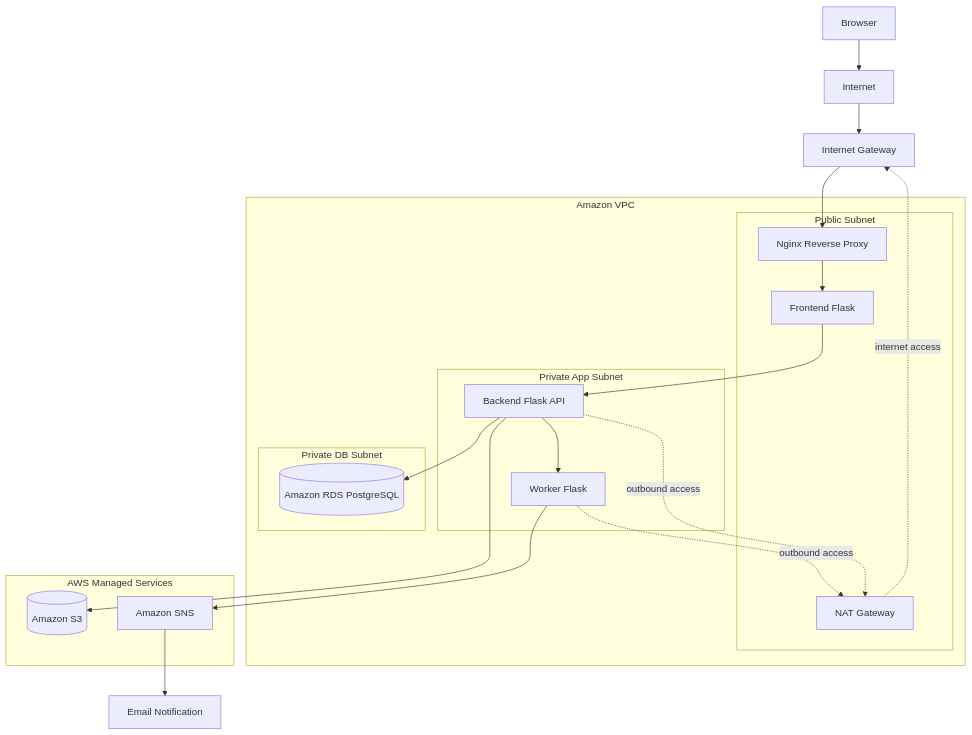
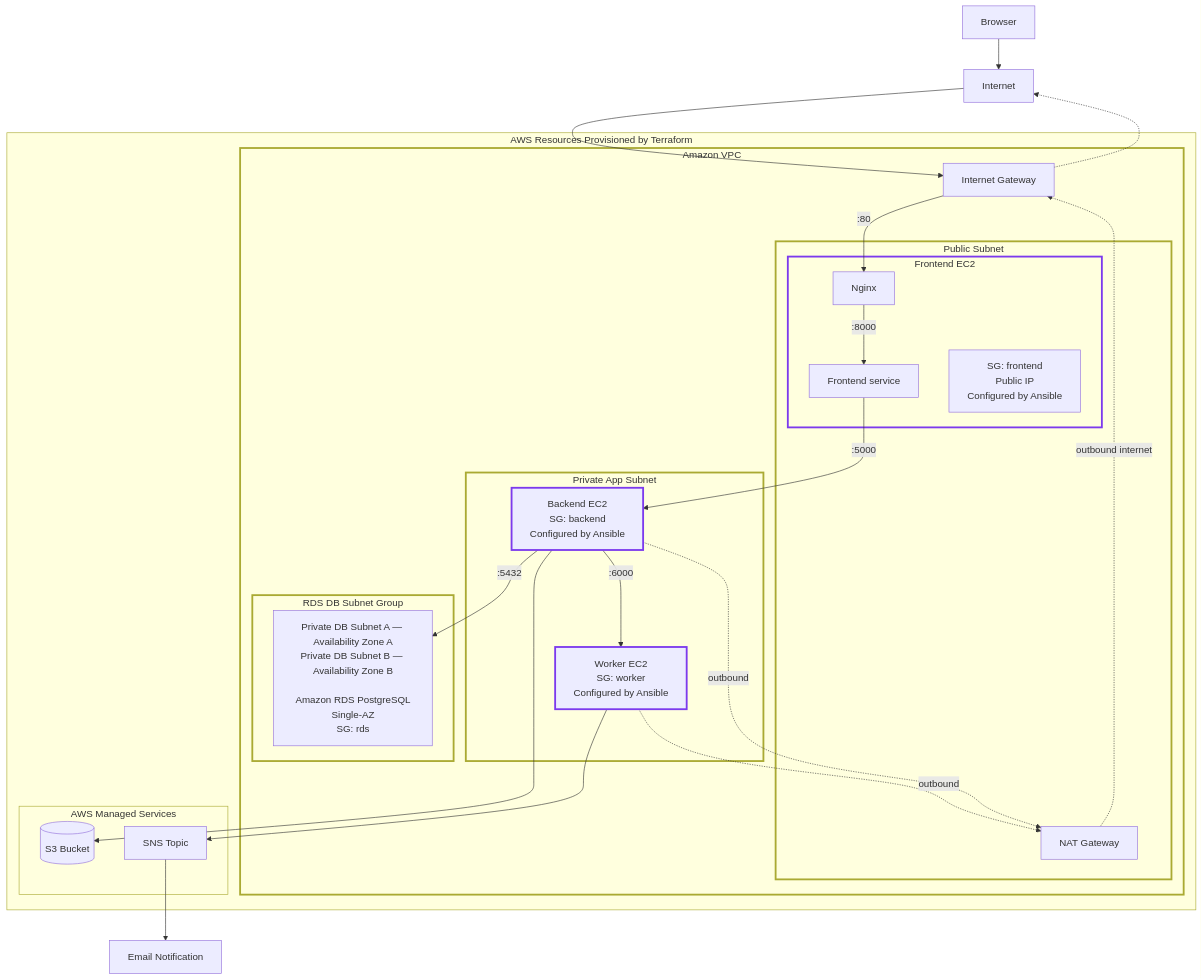
One commit to viktoriazel/taskflow-devops changed the diagram in README.md. Above: the diagram before and after it, drawn with Mermaid. The commit also changed other lines of this file, not shown here.

Commit message:
Finalize README for Terraform and Ansible deployment

````diff
--- a/README.md
+++ b/README.md
@@ -54,40 +75,55 @@
 ```mermaid
 flowchart TD
-    User[Browser] --> Internet[Internet]
-    Internet --> IGW[Internet Gateway]
+    User["Browser"] --> Internet["Internet"]
 
-    subgraph VPC[Amazon VPC]
-        subgraph Public_Subnet[Public Subnet]
-            Nginx[Nginx Reverse Proxy]
-            Frontend[Frontend Flask]
-            NAT[NAT Gateway]
+    subgraph Terraform["AWS Resources Provisioned by Terraform"]
+        subgraph VPC["Amazon VPC"]
+            IGW["Internet Gateway"]
+
+            subgraph Public["Public Subnet"]
+                subgraph FrontendEC2["Frontend EC2"]
+                    Nginx["Nginx"]
+                    FrontendSvc["Frontend service"]
+                    Nginx -->|:8000| FrontendSvc
+                    FrontendInfo["SG: frontend<br/>Public IP<br/>Configured by Ansible"]
+                end
+                NAT["NAT Gateway"]
+            end
+
+            subgraph PrivateApp["Private App Subnet"]
+                Backend["Backend EC2<br/>SG: backend<br/>Configured by Ansible"]
+                Worker["Worker EC2<br/>SG: worker<br/>Configured by Ansible"]
+            end
+
+            subgraph DBSubnetGroup["RDS DB Subnet Group"]
+                RDS["Private DB Subnet A — Availability Zone A<br/>Private DB Subnet B — Availability Zone B<br/><br/>Amazon RDS PostgreSQL<br/>Single-AZ<br/>SG: rds"]
+            end
         end
 
-        subgraph Private_App_Subnet[Private App Subnet]
-            Backend[Backend Flask API]
-            Worker[Worker Flask]
-        end
-
-        subgraph Private_DB_Subnet[Private DB Subnet]
-            RDS[(Amazon RDS PostgreSQL)]
+        subgraph Managed["AWS Managed Services"]
+            S3[("S3 Bucket")]
+            SNS["SNS Topic"]
         end
     end
 
-    subgraph AWS_Managed_Services[AWS Managed Services]
-        S3[(Amazon S3)]
-        SNS[Amazon SNS]
-    end
+    Internet --> IGW
+    IGW -->|:80| Nginx
+    FrontendSvc -->|:5000| Backend
+    Backend -->|:5432| RDS
+    Backend --> S3
+    Backend -->|:6000| Worker
+    Worker --> SNS
+    SNS --> Email["Email Notification"]
 
-    IGW --> Nginx
-    Nginx --> Frontend
-    Frontend --> Backend
-    Backend --> RDS
-    Backend --> S3
-    Backend --> Worker
-    Worker --> SNS
-    SNS --> Email[Email Notification]
+    Backend -. outbound .-> NAT
+    Worker -. outbound .-> NAT
+    NAT -. outbound internet .-> IGW
+    IGW -.-> Internet
 
-    Backend -. outbound access .-> NAT
-    Worker -. outbound access .-> NAT
-    NAT -. internet access .-> IGW
+    classDef thickBorder stroke-width:3px;
+    class VPC,Public,PrivateApp,DBSubnetGroup thickBorder;
+
+    style FrontendEC2 stroke-width:3px,stroke:#7C3AED
+    style Backend stroke-width:3px,stroke:#7C3AED
+    style Worker stroke-width:3px,stroke:#7C3AED
 ```
````
